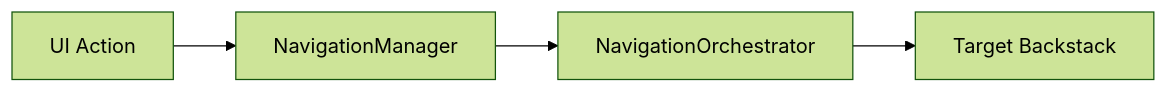
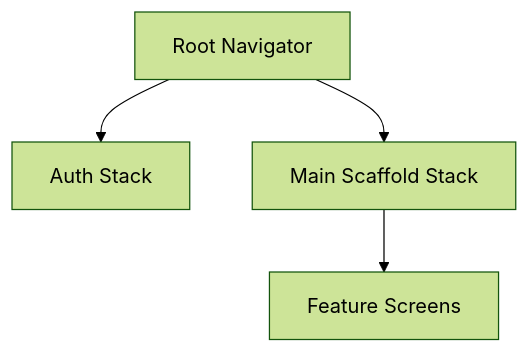
One commit to danimatilla/compose_multimodule changed the diagram in README.md. Above: the diagram before and after it, drawn with Mermaid (forest theme). The commit also changed other lines of this file and 32 other files, not shown here.

Commit message:
feat: Refactor navigation graphs and update route registration.

````diff
--- a/README.md
+++ b/README.md
@@ -24,6 +23,6 @@
 ```mermaid
-graph LR
-    UI[UI Action] --> NM[NavigationManager]
-    NM --> NO[NavigationOrchestrator]
-    NO --> BS[Target Backstack]
+graph TD
+    Root[Root Navigator] --> Auth[Auth Stack]
+    Root --> Main[Main Scaffold Stack]
+    Main --> Features[Feature Screens]
 ```
````
